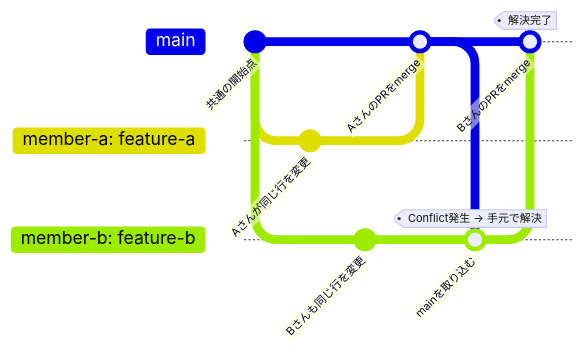
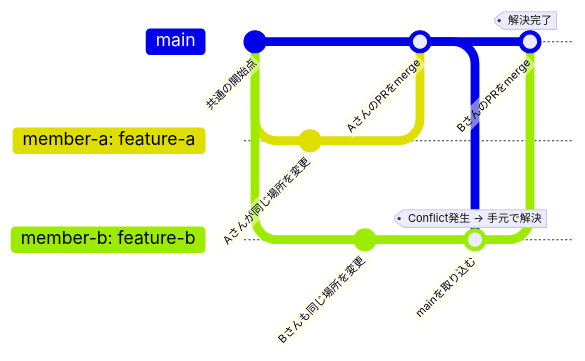
One commit to TORIFUKUKaiou/rails-dojo-year2-content changed the second of 2 diagrams in 08/stretch.md. Above: the diagram before and after it, drawn with Mermaid. The commit also changed other lines of this file, not shown here.

````diff
--- a/08/stretch.md
+++ b/08/stretch.md
@@ -37,22 +37,22 @@
 ```mermaid
 gitGraph LR:
   commit id: "共通の開始点"
 
   branch "member-a: feature-a"
   checkout "member-a: feature-a"
-  commit id: "Aさんが同じ行を変更"
+  commit id: "Aさんが同じ場所を変更"
 
   checkout main
   branch "member-b: feature-b"
   checkout "member-b: feature-b"
-  commit id: "Bさんも同じ行を変更"
+  commit id: "Bさんも同じ場所を変更"
 
   checkout main
   merge "member-a: feature-a" id: "AさんのPRをmerge"
 
   checkout "member-b: feature-b"
   merge main id: "mainを取り込む" tag: "Conflict発生 → 手元で解決"
 
   checkout main
   merge "member-b: feature-b" id: "BさんのPRをmerge" tag: "解決完了"
 ```
````
